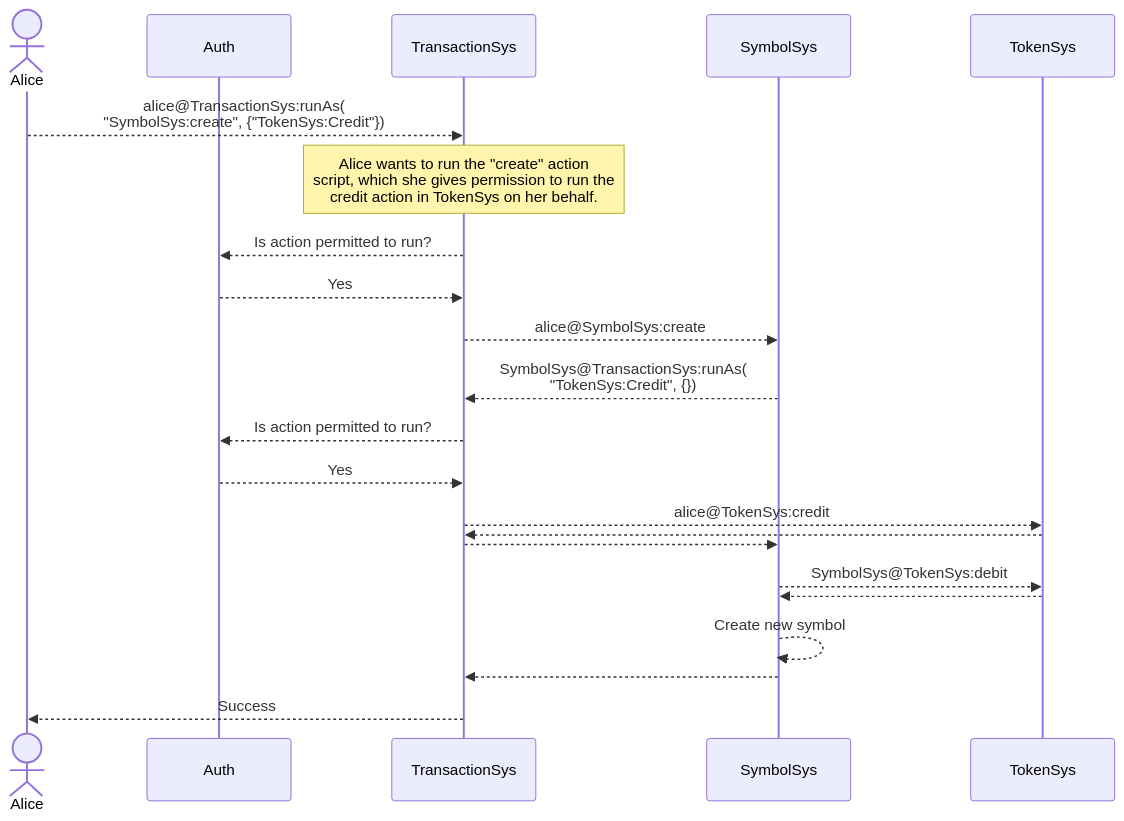
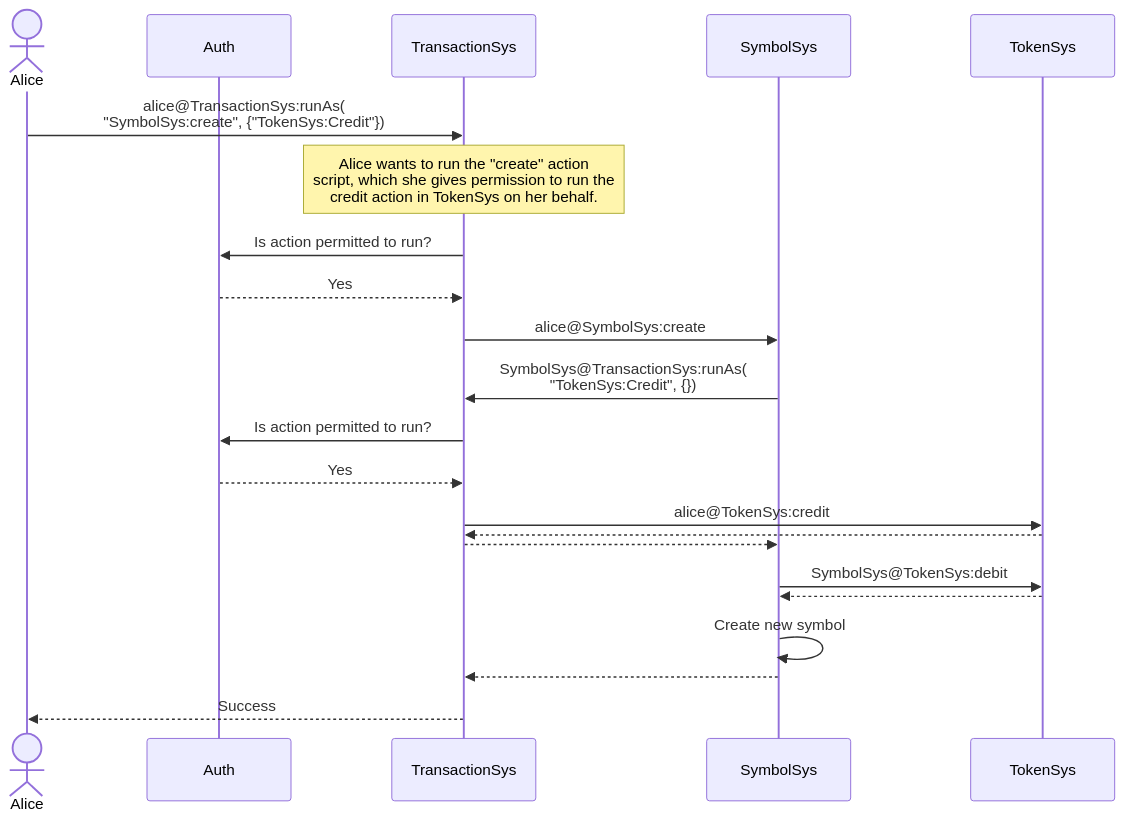
Before and after one commit to gofractally/psibase: the diagram in doc/diagrams/action-scripts.md, drawn with Mermaid.

Commit message:
return arrows -->> dotted lines

````diff
--- a/doc/diagrams/action-scripts.md
+++ b/doc/diagrams/action-scripts.md
@@ -1,27 +1,27 @@
 ```mermaid
 sequenceDiagram
 
 actor Alice
 participant Auth
 participant TransactionSys
 participant SymbolSys
 participant TokenSys
 
-Alice-->>TransactionSys: alice@TransactionSys:runAs( <br>"SymbolSys:create", {"TokenSys:Credit"}) 
+Alice->>TransactionSys: alice@TransactionSys:runAs( <br>"SymbolSys:create", {"TokenSys:Credit"}) 
 Note over TransactionSys: Alice wants to run the "create" action<br>script, which she gives permission to run the<br> credit action in TokenSys on her behalf.
-TransactionSys-->>Auth: Is action permitted to run?
+TransactionSys->>Auth: Is action permitted to run?
 Auth-->>TransactionSys: Yes
-TransactionSys-->>SymbolSys: alice@SymbolSys:create
-SymbolSys-->>TransactionSys: SymbolSys@TransactionSys:runAs(<br>"TokenSys:Credit", {})
-TransactionSys-->>Auth: Is action permitted to run?
+TransactionSys->>SymbolSys: alice@SymbolSys:create
+SymbolSys->>TransactionSys: SymbolSys@TransactionSys:runAs(<br>"TokenSys:Credit", {})
+TransactionSys->>Auth: Is action permitted to run?
 Auth-->>TransactionSys: Yes
-TransactionSys-->>TokenSys: alice@TokenSys:credit
+TransactionSys->>TokenSys: alice@TokenSys:credit
 TokenSys-->>TransactionSys: 
 TransactionSys-->>SymbolSys: 
-SymbolSys-->>TokenSys: SymbolSys@TokenSys:debit
+SymbolSys->>TokenSys: SymbolSys@TokenSys:debit
 TokenSys-->>SymbolSys: 
-SymbolSys-->>SymbolSys: Create new symbol
+SymbolSys->>SymbolSys: Create new symbol
 SymbolSys-->>TransactionSys: 
 TransactionSys-->>Alice: Success
 
 ```
````
